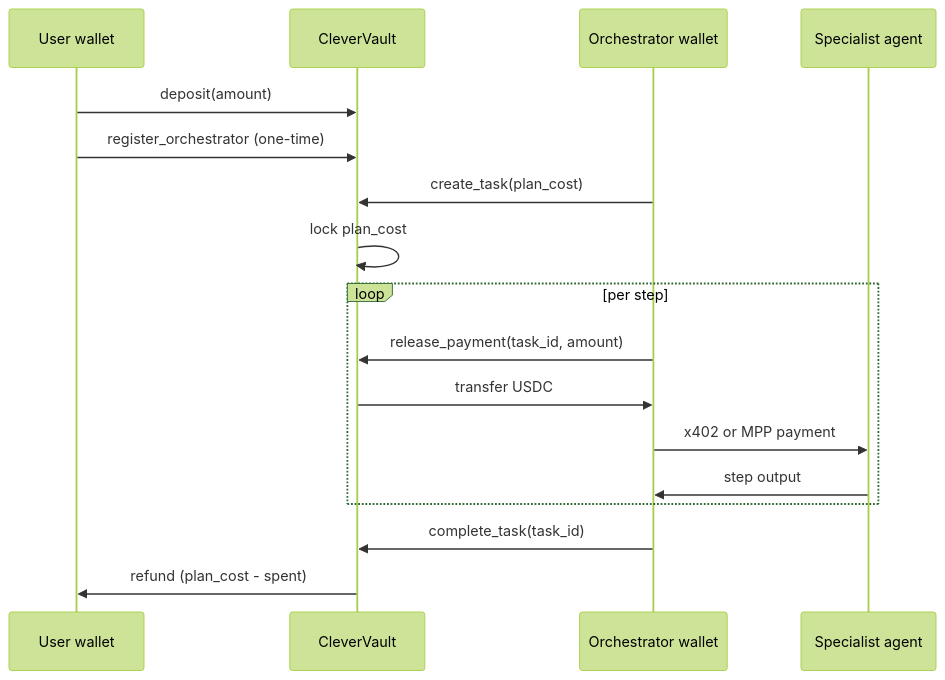
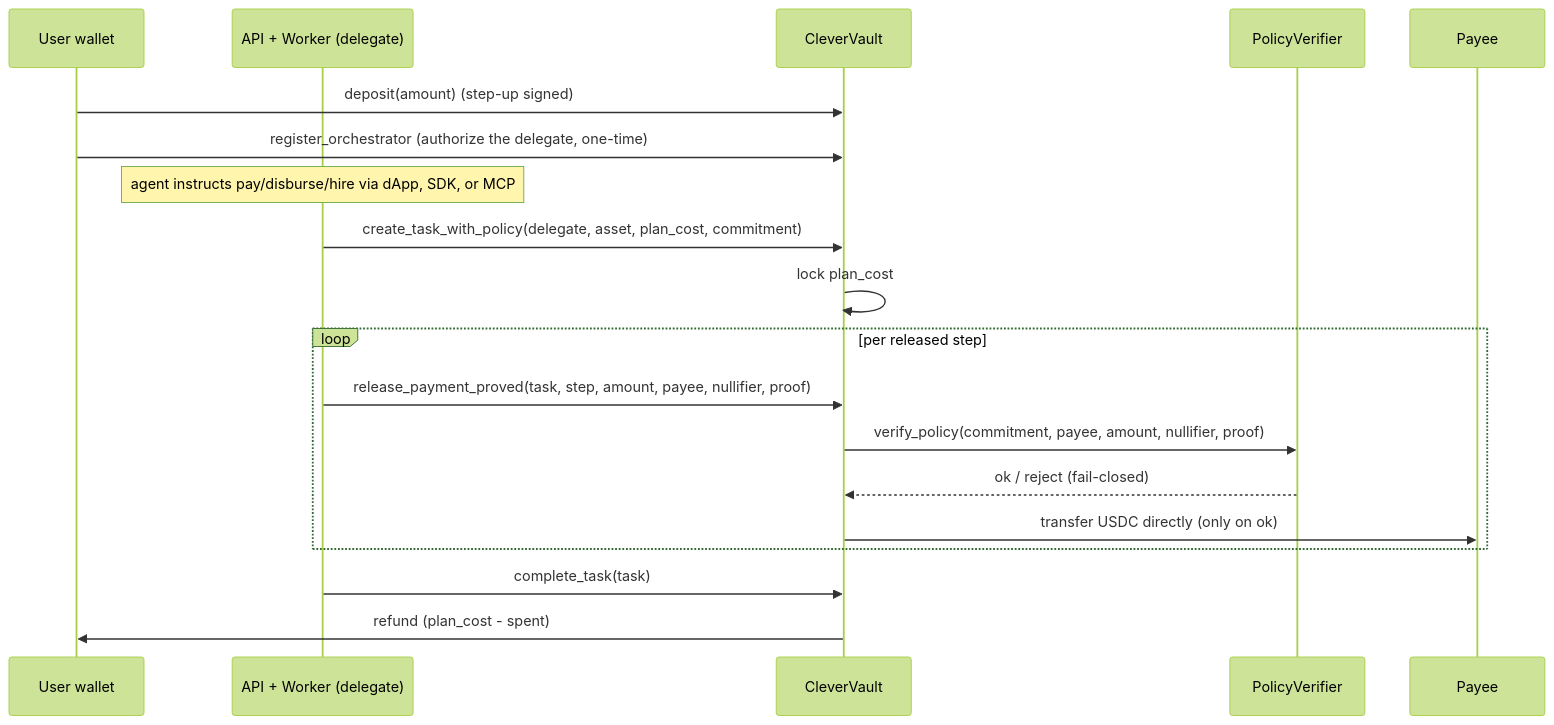
One commit to clevercon-protocol/clevercon changed the second of 2 diagrams in docs/architecture.md. Above: the diagram before and after it, drawn with Mermaid (forest theme). The commit also changed other lines of this file and 7 other files, not shown here.

````diff
--- a/docs/architecture.md
+++ b/docs/architecture.md
@@ -117,20 +106,22 @@
 ```mermaid
 sequenceDiagram
     participant U as User wallet
+    participant API as API + Worker (delegate)
     participant V as CleverVault
-    participant O as Orchestrator wallet
-    participant A as Specialist agent
+    participant PV as PolicyVerifier
+    participant P as Payee
 
-    U->>V: deposit(amount)
-    U->>V: register_orchestrator (one-time)
-    O->>V: create_task(plan_cost)
+    U->>V: deposit(amount)              (step-up signed)
+    U->>V: register_orchestrator        (authorize the delegate, one-time)
+    Note over API: agent instructs pay/disburse/hire via dApp, SDK, or MCP
+    API->>V: create_task_with_policy(delegate, asset, plan_cost, commitment)
     V->>V: lock plan_cost
-    loop per step
-        O->>V: release_payment(task_id, amount)
-        V->>O: transfer USDC
-        O->>A: x402 or MPP payment
-        A->>O: step output
+    loop per released step
+        API->>V: release_payment_proved(task, step, amount, payee, nullifier, proof)
+        V->>PV: verify_policy(commitment, payee, amount, nullifier, proof)
+        PV-->>V: ok / reject (fail-closed)
+        V->>P: transfer USDC directly (only on ok)
     end
-    O->>V: complete_task(task_id)
+    API->>V: complete_task(task)
     V->>U: refund (plan_cost - spent)
 ```
````
